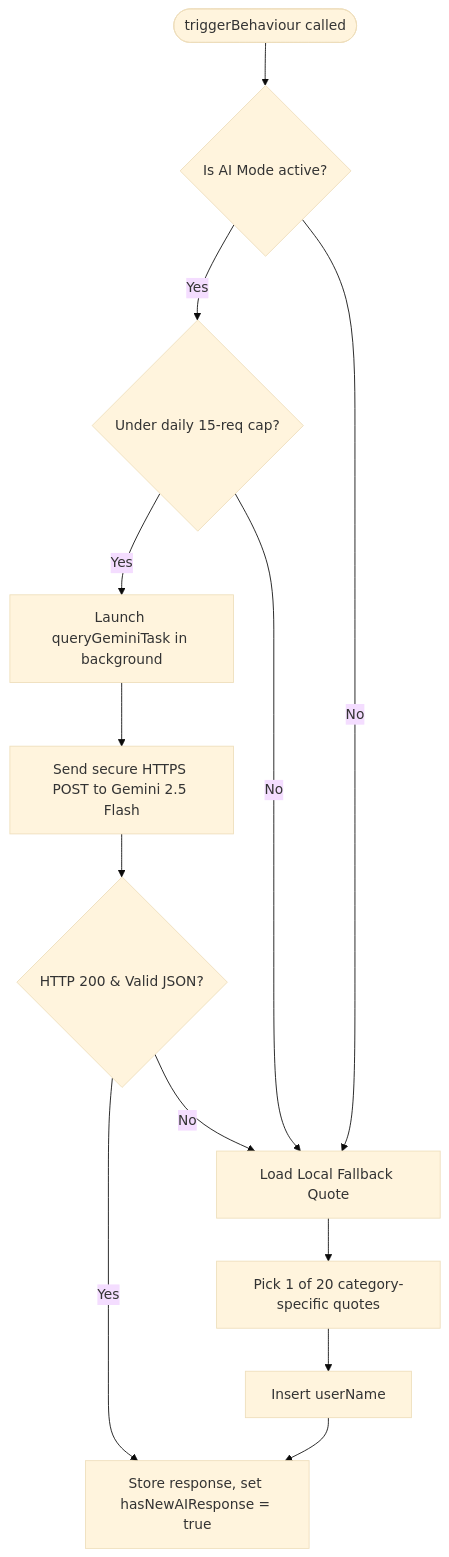
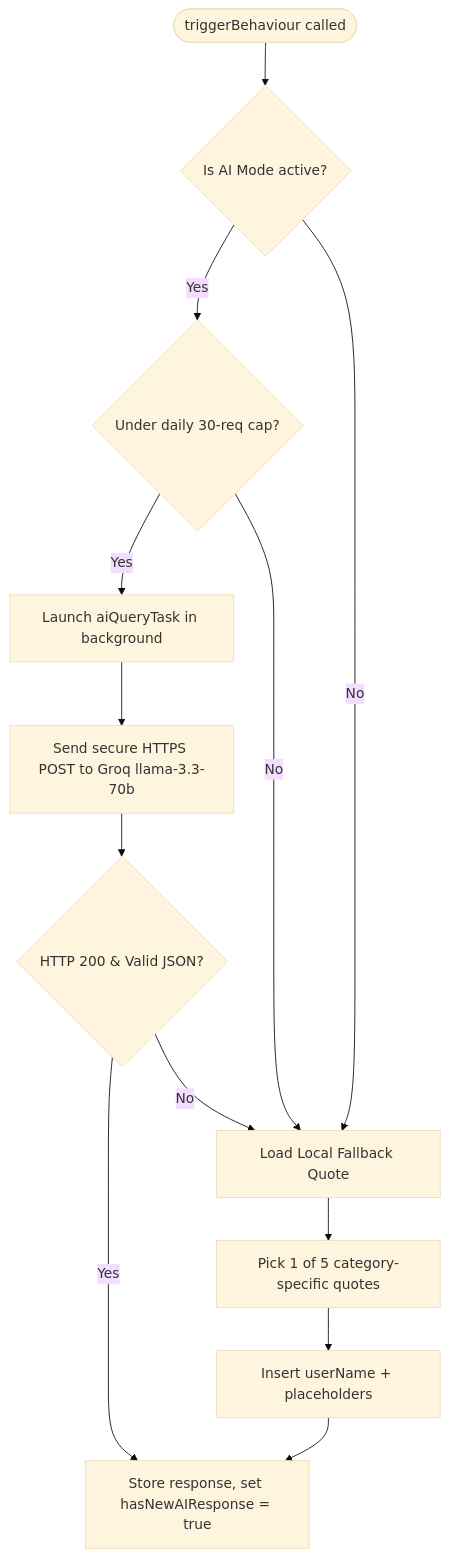
The third of 4 diagrams in desk_buddy_flowchart_notes.md (danmermels/DeskBuddy), drawn with Mermaid (base theme) before and after one commit. The commit also changed other lines of this file and 16 other files, not shown here.

````diff
--- a/desk_buddy_flowchart_notes.md
+++ b/desk_buddy_flowchart_notes.md
@@ -144,19 +144,19 @@
 ```mermaid
 graph TD
     Trigger([triggerBehaviour called]) --> CheckAI{Is AI Mode active?}
     
-    CheckAI -- Yes --> LimitCheck{Under daily 15-req cap?}
-    LimitCheck -- Yes --> StartThread[Launch queryGeminiTask in background]
+    CheckAI -- Yes --> LimitCheck{Under daily 30-req cap?}
+    LimitCheck -- Yes --> StartThread[Launch aiQueryTask in background]
     LimitCheck -- No --> Fallback[Load Local Fallback Quote]
     CheckAI -- No --> Fallback
     
-    StartThread --> HTTPSReq[Send secure HTTPS POST to Gemini 2.5 Flash]
+    StartThread --> HTTPSReq[Send secure HTTPS POST to Groq llama-3.3-70b]
     HTTPSReq --> RespCheck{HTTP 200 & Valid JSON?}
     
     RespCheck -- Yes --> SetNewResp[Store response, set hasNewAIResponse = true]
     RespCheck -- No --> Fallback
     
-    Fallback --> SelectLocal[Pick 1 of 20 category-specific quotes]
-    SelectLocal --> Personalize[Insert userName]
+    Fallback --> SelectLocal[Pick 1 of 5 category-specific quotes]
+    SelectLocal --> Personalize[Insert userName + placeholders]
     Personalize --> SetNewResp
 ```
````
